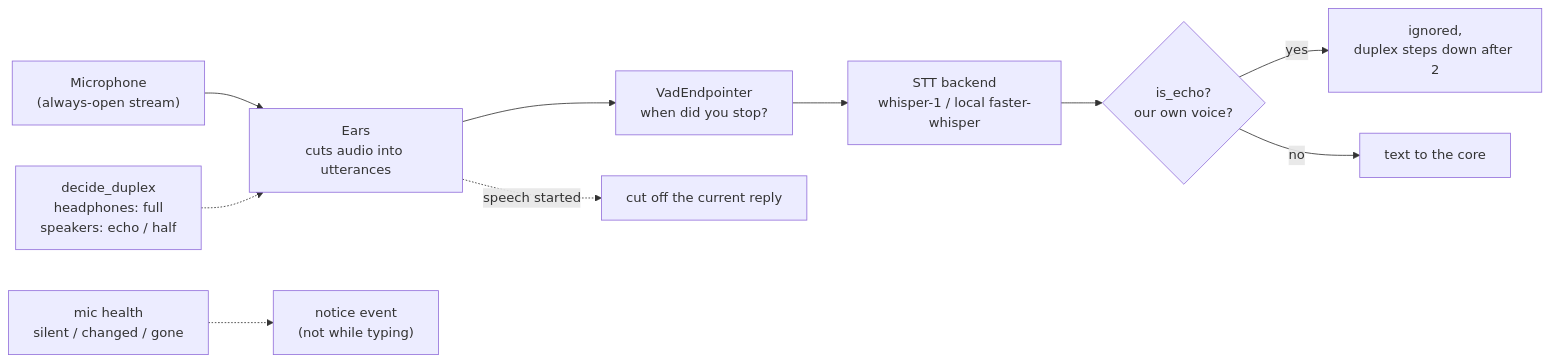
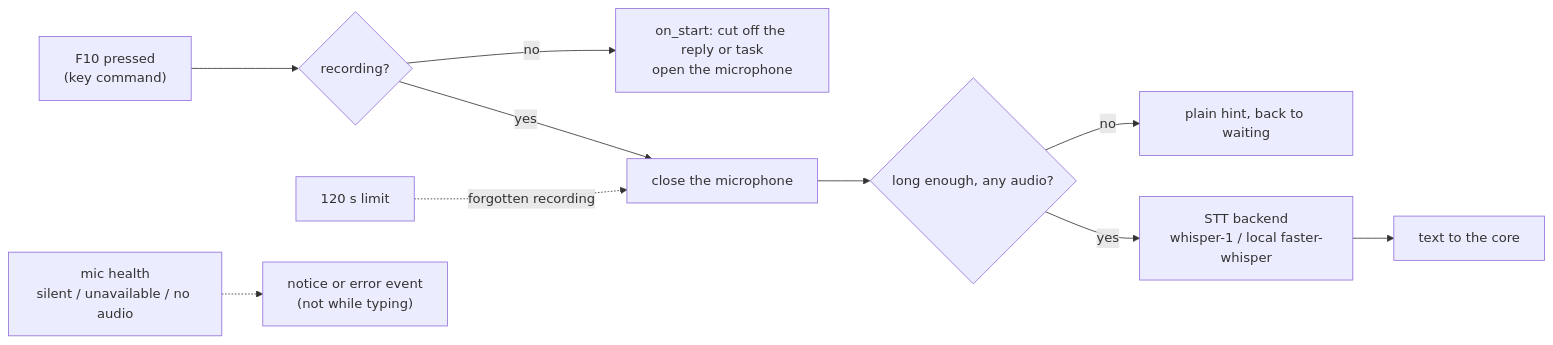
One commit to siddh30/prometheus-voice-control changed the third of 14 diagrams in DESIGN.md. Above: the diagram before and after it, drawn with Mermaid. The commit also changed other lines of this file and 44 other files, not shown here.

````diff
--- a/DESIGN.md
+++ b/DESIGN.md
@@ -242,12 +236,12 @@
 ```mermaid
 flowchart LR
-    MIC["Microphone<br/>(always-open stream)"] --> EARS["Ears<br/>cuts audio into utterances"]
-    EARS --> VAD["VadEndpointer<br/>when did you stop?"]
-    VAD --> STT["STT backend<br/>whisper-1 / local faster-whisper"]
-    STT --> ECHO{"is_echo?<br/>our own voice?"}
-    ECHO -- yes --> DROP["ignored,<br/>duplex steps down after 2"]
-    ECHO -- no --> TURN["text to the core"]
-    DUP["decide_duplex<br/>headphones: full<br/>speakers: echo / half"] -.-> EARS
-    HEALTH["mic health<br/>silent / changed / gone"] -.-> NOTICE["notice event<br/>(not while typing)"]
-    EARS -. "speech started" .-> CUT["cut off the current reply"]
+    KEY["F10 pressed<br/>(key command)"] --> REC{"recording?"}
+    REC -- no --> START["on_start: cut off the reply or task<br/>open the microphone"]
+    REC -- yes --> SEND["close the microphone"]
+    SEND --> LEN{"long enough, any audio?"}
+    LEN -- no --> HINT["plain hint, back to waiting"]
+    LEN -- yes --> STT["STT backend<br/>whisper-1 / local faster-whisper"]
+    STT --> TURN["text to the core"]
+    CAP["120 s limit"] -. "forgotten recording" .-> SEND
+    HEALTH["mic health<br/>silent / unavailable / no audio"] -.-> NOTICE["notice or error event<br/>(not while typing)"]
 ```
````
